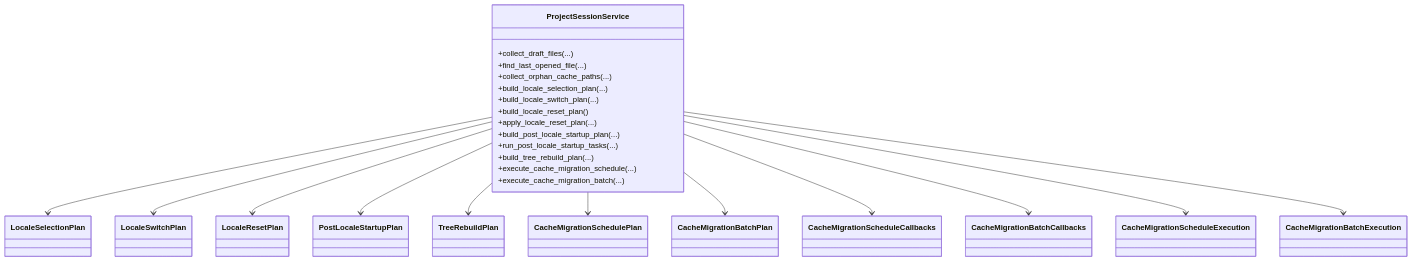
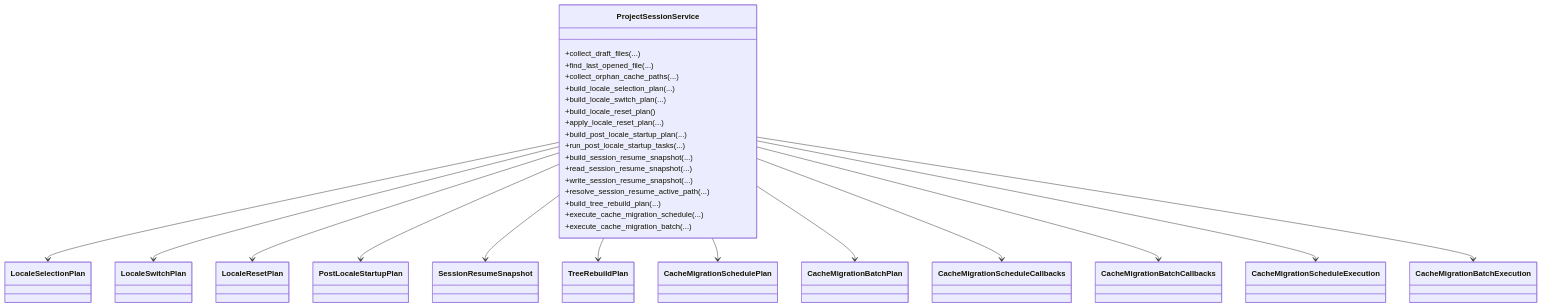
One commit to PlagaMedicum/TranslationZed-py changed the fifth of 20 diagrams in docs/architecture/code_architecture.md. Above: the diagram before and after it, drawn with Mermaid. The commit also changed other lines of this file and 14 other files, not shown here.

Commit message:
docs: align A32 session-resume behavior and contracts

````diff
--- a/docs/architecture/code_architecture.md
+++ b/docs/architecture/code_architecture.md
@@ -161,41 +161,47 @@
 ```mermaid
 classDiagram
   class ProjectSessionService {
     +collect_draft_files(...)
     +find_last_opened_file(...)
     +collect_orphan_cache_paths(...)
     +build_locale_selection_plan(...)
     +build_locale_switch_plan(...)
     +build_locale_reset_plan()
     +apply_locale_reset_plan(...)
     +build_post_locale_startup_plan(...)
     +run_post_locale_startup_tasks(...)
+    +build_session_resume_snapshot(...)
+    +read_session_resume_snapshot(...)
+    +write_session_resume_snapshot(...)
+    +resolve_session_resume_active_path(...)
     +build_tree_rebuild_plan(...)
     +execute_cache_migration_schedule(...)
     +execute_cache_migration_batch(...)
   }
 
   class LocaleSelectionPlan
   class LocaleSwitchPlan
   class LocaleResetPlan
   class PostLocaleStartupPlan
+  class SessionResumeSnapshot
   class TreeRebuildPlan
   class CacheMigrationSchedulePlan
   class CacheMigrationBatchPlan
   class CacheMigrationScheduleCallbacks
   class CacheMigrationBatchCallbacks
   class CacheMigrationScheduleExecution
   class CacheMigrationBatchExecution
 
   ProjectSessionService --> LocaleSelectionPlan
   ProjectSessionService --> LocaleSwitchPlan
   ProjectSessionService --> LocaleResetPlan
   ProjectSessionService --> PostLocaleStartupPlan
+  ProjectSessionService --> SessionResumeSnapshot
   ProjectSessionService --> TreeRebuildPlan
   ProjectSessionService --> CacheMigrationSchedulePlan
   ProjectSessionService --> CacheMigrationBatchPlan
   ProjectSessionService --> CacheMigrationScheduleCallbacks
   ProjectSessionService --> CacheMigrationBatchCallbacks
   ProjectSessionService --> CacheMigrationScheduleExecution
   ProjectSessionService --> CacheMigrationBatchExecution
 ```
````
